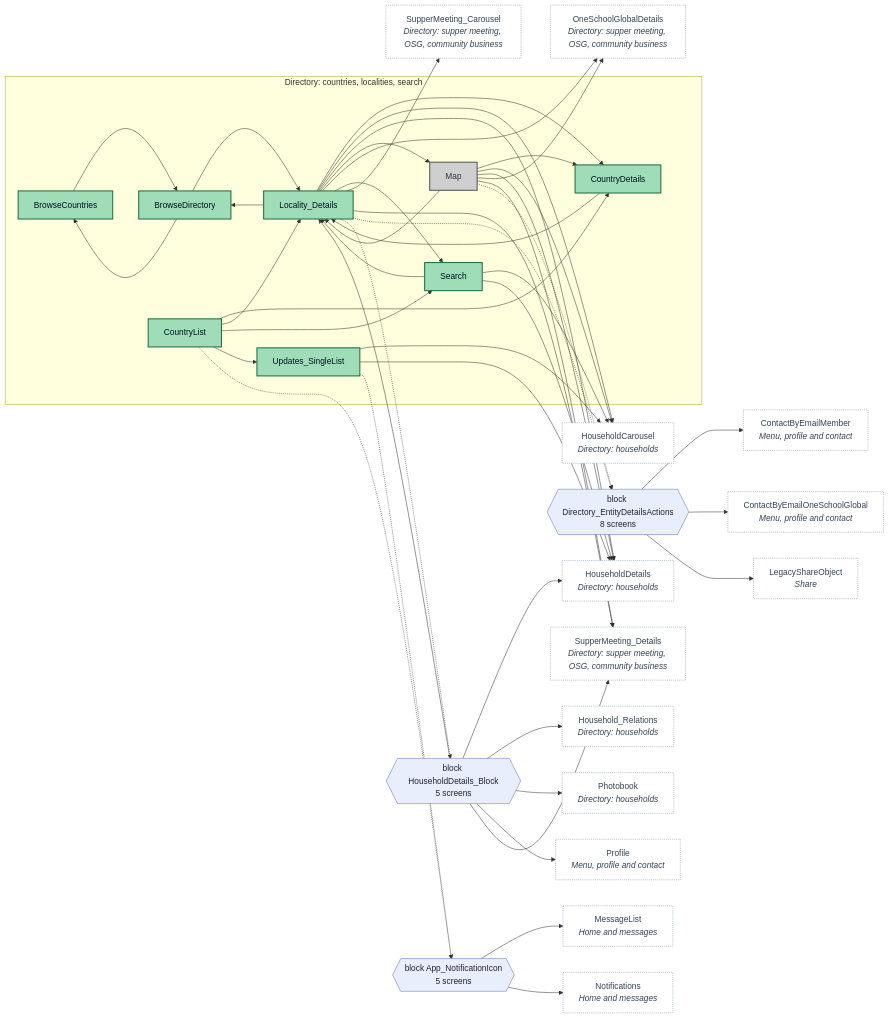
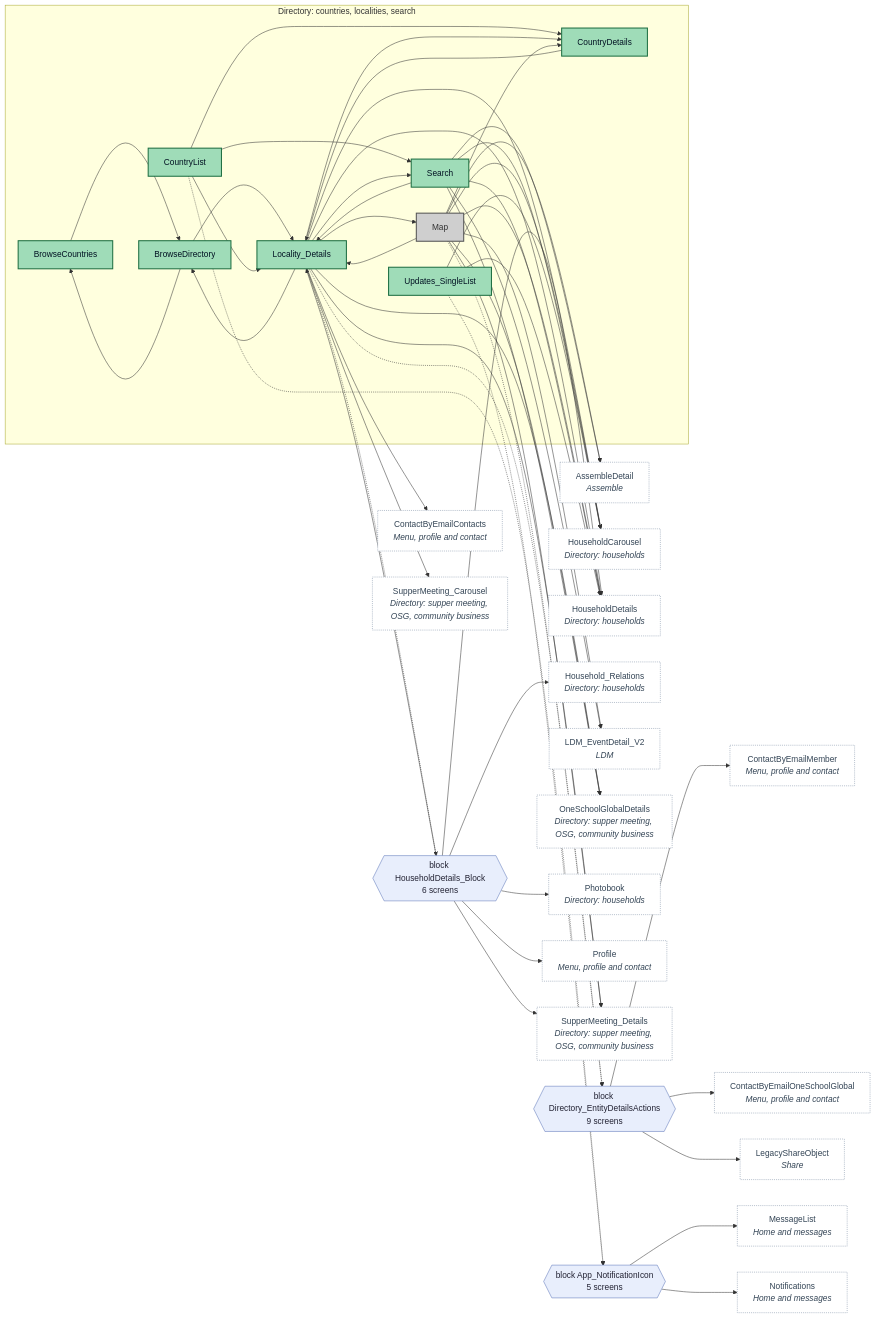
Before and after one commit to Phoenix-DX/connect-new-ui: the fifth of 14 diagrams in migration/sitemap.md, drawn with Mermaid. The commit also changed other lines of this file and 15 other files, not shown here.

```diff
--- a/migration/sitemap.md
+++ b/migration/sitemap.md
@@ -302,11 +323,14 @@
     Search["Search"]:::build
     Updates_SingleList["Updates_SingleList"]:::build
   end
+  AssembleDetail["AssembleDetail<br/><i>Assemble</i>"]:::ext
+  ContactByEmailContacts["ContactByEmailContacts<br/><i>Menu, profile and contact</i>"]:::ext
   ContactByEmailMember["ContactByEmailMember<br/><i>Menu, profile and contact</i>"]:::ext
   ContactByEmailOneSchoolGlobal["ContactByEmailOneSchoolGlobal<br/><i>Menu, profile and contact</i>"]:::ext
   HouseholdCarousel["HouseholdCarousel<br/><i>Directory: households</i>"]:::ext
   HouseholdDetails["HouseholdDetails<br/><i>Directory: households</i>"]:::ext
   Household_Relations["Household_Relations<br/><i>Directory: households</i>"]:::ext
+  LDM_EventDetail_V2["LDM_EventDetail_V2<br/><i>LDM</i>"]:::ext
   LegacyShareObject["LegacyShareObject<br/><i>Share</i>"]:::ext
   MessageList["MessageList<br/><i>Home and messages</i>"]:::ext
   Notifications["Notifications<br/><i>Home and messages</i>"]:::ext
@@ -316,8 +340,8 @@
   SupperMeeting_Carousel["SupperMeeting_Carousel<br/><i>Directory: supper meeting, OSG, community business</i>"]:::ext
   SupperMeeting_Details["SupperMeeting_Details<br/><i>Directory: supper meeting, OSG, community business</i>"]:::ext
   H0{{"block App_NotificationIcon<br/>5 screens"}}:::hub
-  H1{{"block Directory_EntityDetailsActions<br/>8 screens"}}:::hub
-  H2{{"block HouseholdDetails_Block<br/>5 screens"}}:::hub
+  H1{{"block Directory_EntityDetailsActions<br/>9 screens"}}:::hub
+  H2{{"block HouseholdDetails_Block<br/>6 screens"}}:::hub
   BrowseCountries --> BrowseDirectory
   BrowseDirectory --> BrowseCountries
   BrowseDirectory --> Locality_Details
@@ -325,9 +349,9 @@
   CountryList --> CountryDetails
   CountryList --> Locality_Details
   CountryList --> Search
-  CountryList --> Updates_SingleList
   CountryList -.-> H0
   Locality_Details --> BrowseDirectory
+  Locality_Details --> ContactByEmailContacts
   Locality_Details --> CountryDetails
   Locality_Details --> HouseholdCarousel
   Locality_Details --> HouseholdDetails
@@ -338,16 +362,21 @@
   Locality_Details --> SupperMeeting_Details
   Locality_Details -.-> H1
   Locality_Details -.-> H2
+  Map --> AssembleDetail
   Map --> CountryDetails
   Map --> HouseholdCarousel
   Map --> HouseholdDetails
+  Map --> LDM_EventDetail_V2
   Map --> Locality_Details
   Map --> OneSchoolGlobalDetails
   Map --> SupperMeeting_Details
   Map -.-> H1
+  Search --> AssembleDetail
   Search --> HouseholdCarousel
   Search --> HouseholdDetails
+  Search --> LDM_EventDetail_V2
   Search --> Locality_Details
+  Search --> OneSchoolGlobalDetails
   Updates_SingleList --> HouseholdCarousel
   Updates_SingleList --> HouseholdDetails
   Updates_SingleList -.-> H0
```
